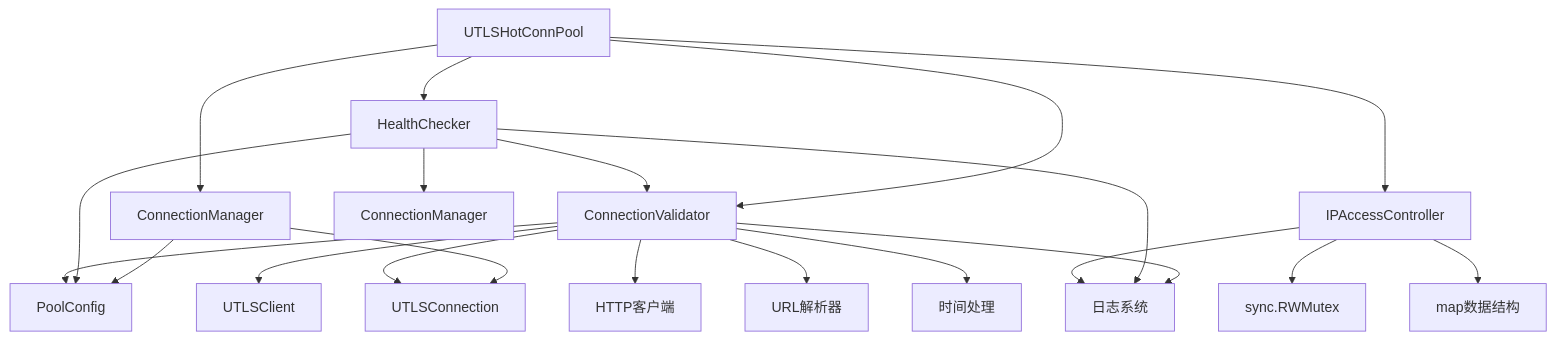
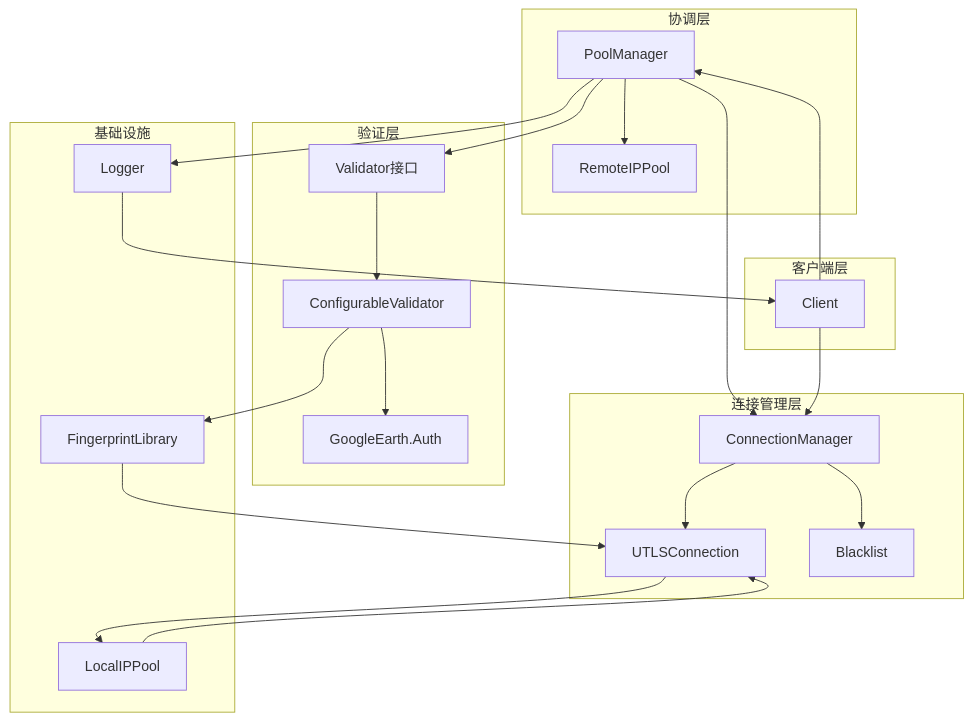
The ninth of 9 diagrams in .qoder/repowiki/zh/content/核心功能/热连接池/连接验证/连接验证.md (vistone/crawler-platform), drawn with Mermaid before and after one commit. The commit also changed other lines of this file and 40 other files, not shown here.

````diff
--- a/.qoder/repowiki/zh/content/核心功能/热连接池/连接验证/连接验证.md
+++ b/.qoder/repowiki/zh/content/核心功能/热连接池/连接验证/连接验证.md
@@ -357,23 +321,28 @@
 ```mermaid
-graph TD
-A[ConnectionValidator] --> B[PoolConfig]
-A --> C[UTLSClient]
-A --> D[UTLSConnection]
-E[IPAccessController] --> F[sync.RWMutex]
-E --> G[map数据结构]
-H[HealthChecker] --> A
-H --> I[ConnectionManager]
-H --> B
-J[ConnectionManager] --> D
-J --> B
-K[UTLSHotConnPool] --> A
-K --> E
-K --> H
-K --> J
-A --> L[HTTP客户端]
-A --> M[URL解析器]
-A --> N[时间处理]
-E --> O[日志系统]
-H --> O
-A --> O
+graph TB
+subgraph "验证层"
+V[Validator接口] --> CV[ConfigurableValidator]
+CV --> GE[GoogleEarth.Auth]
+end
+subgraph "连接管理层"
+CM[ConnectionManager] --> UC[UTLSConnection]
+CM --> BL[Blacklist]
+end
+subgraph "协调层"
+PM[PoolManager] --> CM
+PM --> V
+PM --> RIP[RemoteIPPool]
+end
+subgraph "客户端层"
+C[Client] --> PM
+C --> CM
+end
+subgraph "基础设施"
+FL[FingerprintLibrary] --> UC
+LIP[LocalIPPool] --> UC
+LS[Logger] --> C
+end
+CV --> FL
+UC --> LIP
+PM --> LS
 ```
````
